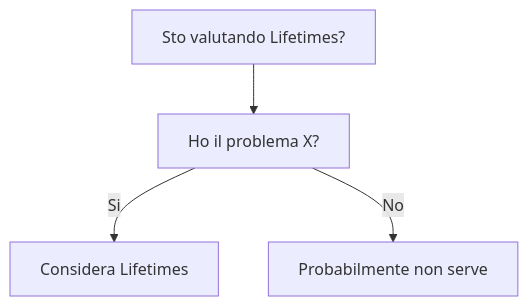
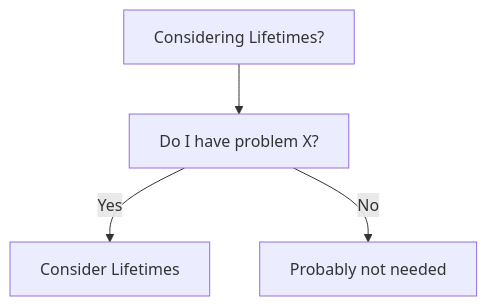
One commit to HxT9/Software-Dev-Wiki changed the diagram in dev-wiki/14_Languages/Rust/Lifetimes/When_To_Use.md. Above: the diagram before and after it, drawn with Mermaid. The commit also changed other lines of this file and 3444 other files, not shown here.

````diff
--- a/dev-wiki/14_Languages/Rust/Lifetimes/When_To_Use.md
+++ b/dev-wiki/14_Languages/Rust/Lifetimes/When_To_Use.md
@@ -19,6 +19,6 @@
 ```mermaid
 flowchart TD
-  Q[Sto valutando Lifetimes?] --> Q1[Ho il problema X?]
-  Q1 -->|Si| OK[Considera Lifetimes]
-  Q1 -->|No| NO[Probabilmente non serve]
+  Q[Considering Lifetimes?] --> Q1[Do I have problem X?]
+  Q1 -->|Yes| OK[Consider Lifetimes]
+  Q1 -->|No| NO[Probably not needed]
 ```
````
